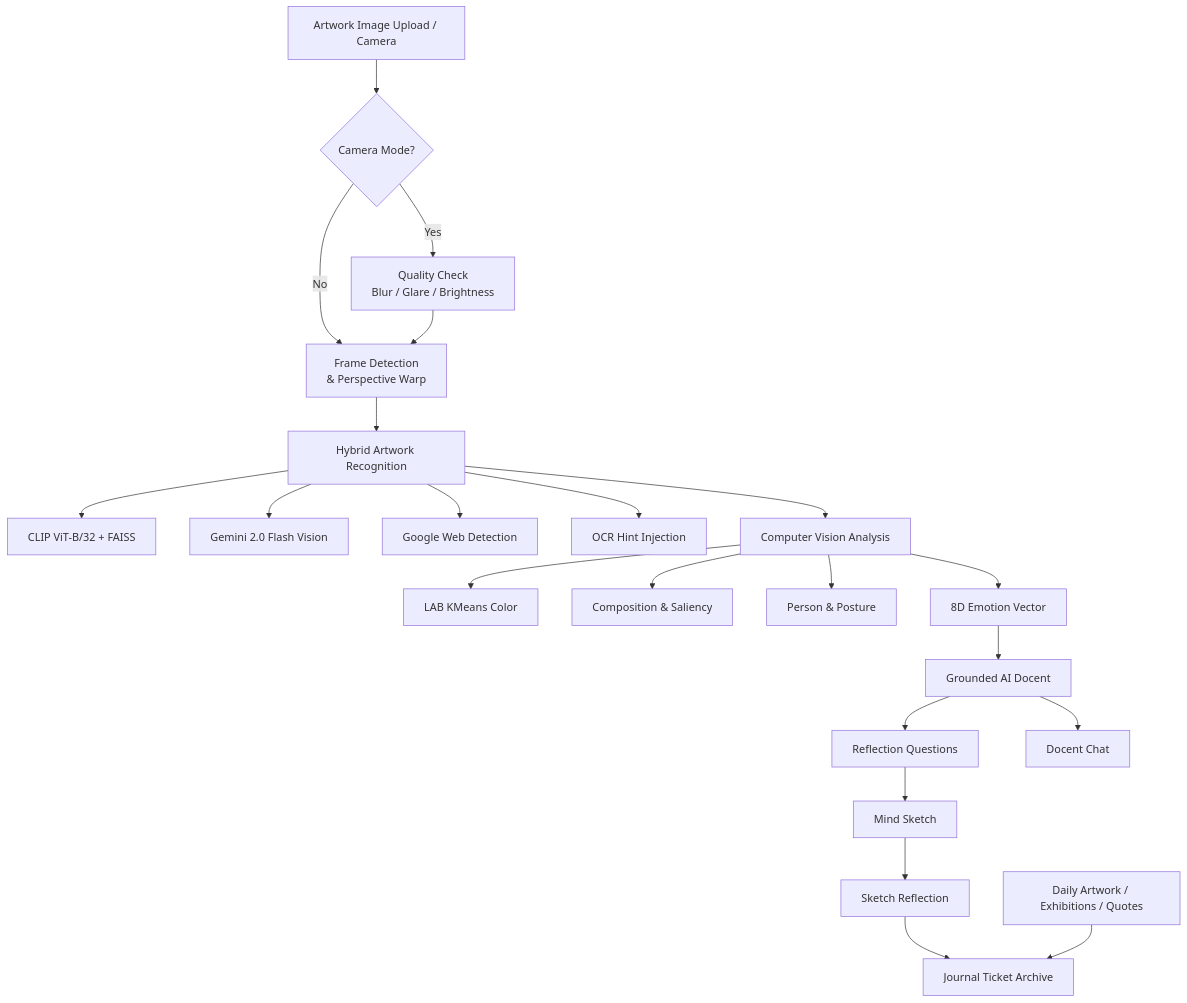
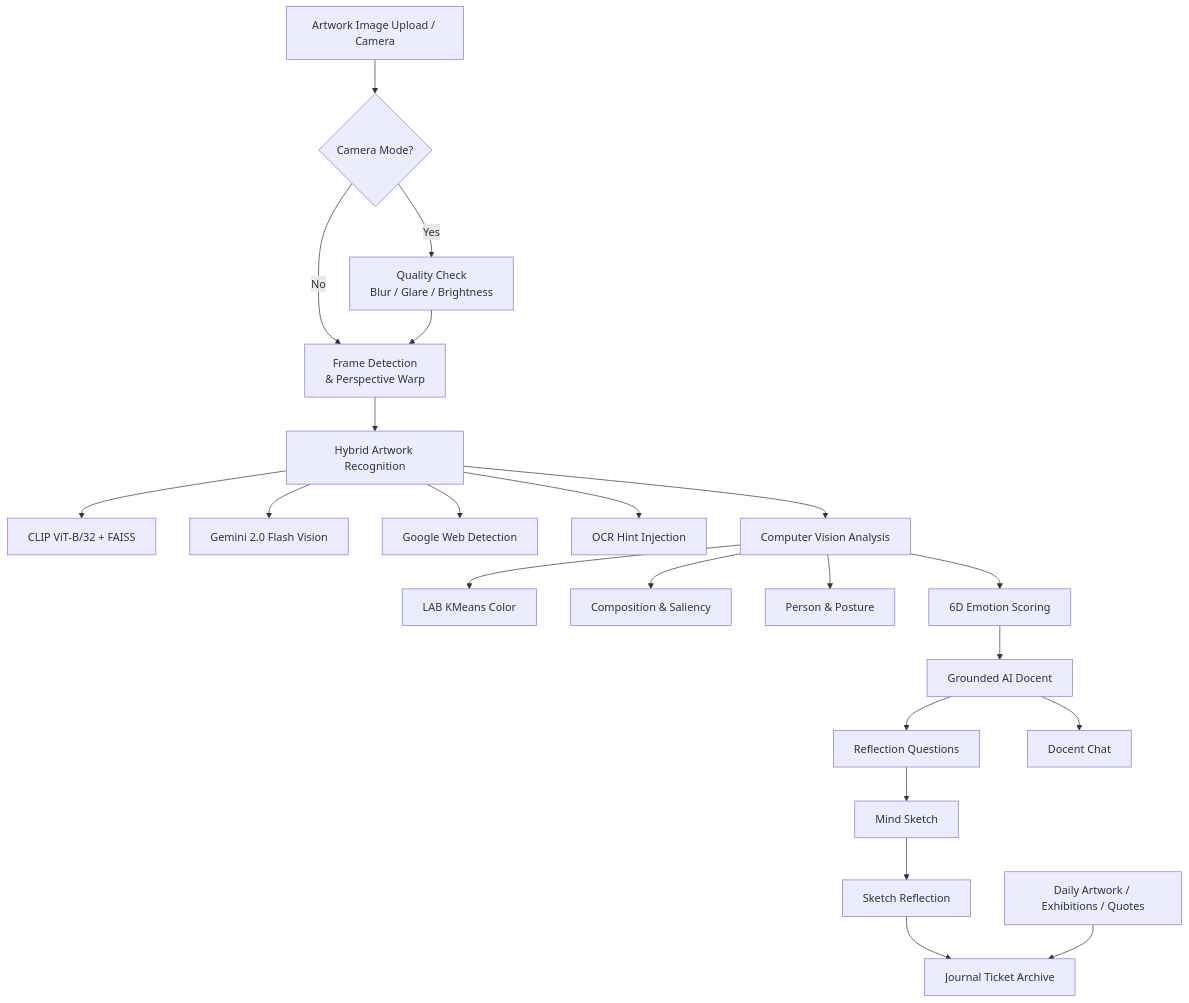
The first of 3 diagrams in README.md (kimseoan0516/Inner-Gallery), drawn with Mermaid before and after one commit. The commit also changed other lines of this file and 2 other files, not shown here.

````diff
--- a/README.md
+++ b/README.md
@@ -187,24 +187,24 @@
 ```mermaid
 flowchart TD
     A[Artwork Image Upload / Camera] --> B{Camera Mode?}
     B -->|Yes| C[Quality Check\nBlur / Glare / Brightness]
     B -->|No| D[Frame Detection\n& Perspective Warp]
     C --> D
     D --> E[Hybrid Artwork Recognition]
     E --> E1[CLIP ViT-B/32 + FAISS]
     E --> E2[Gemini 2.0 Flash Vision]
     E --> E3[Google Web Detection]
     E --> E4[OCR Hint Injection]
     E --> F[Computer Vision Analysis]
     F --> F1[LAB KMeans Color]
     F --> F2[Composition & Saliency]
     F --> F3[Person & Posture]
-    F --> G[8D Emotion Vector]
+    F --> G[6D Emotion Scoring]
     G --> H[Grounded AI Docent]
     H --> I[Reflection Questions]
     H --> J[Docent Chat]
     I --> K[Mind Sketch]
     K --> L[Sketch Reflection]
     L --> M[Journal Ticket Archive]
     N[Daily Artwork / Exhibitions / Quotes] --> M
 ```
````
